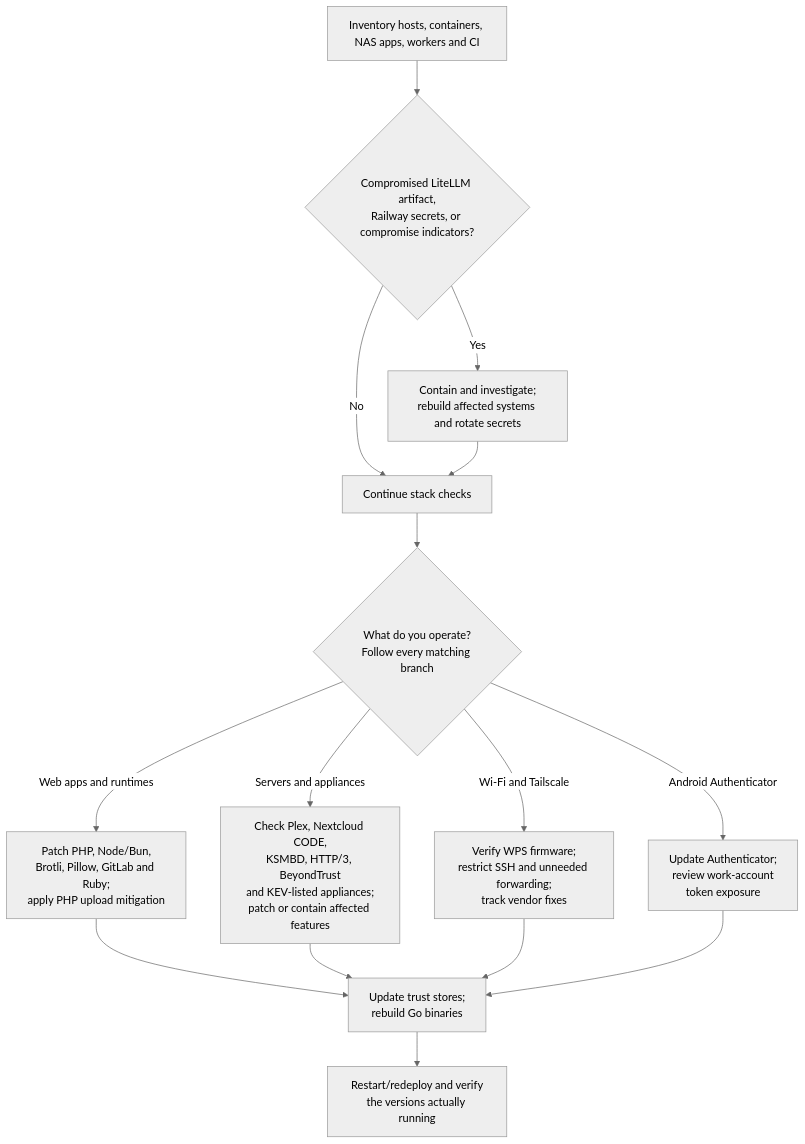
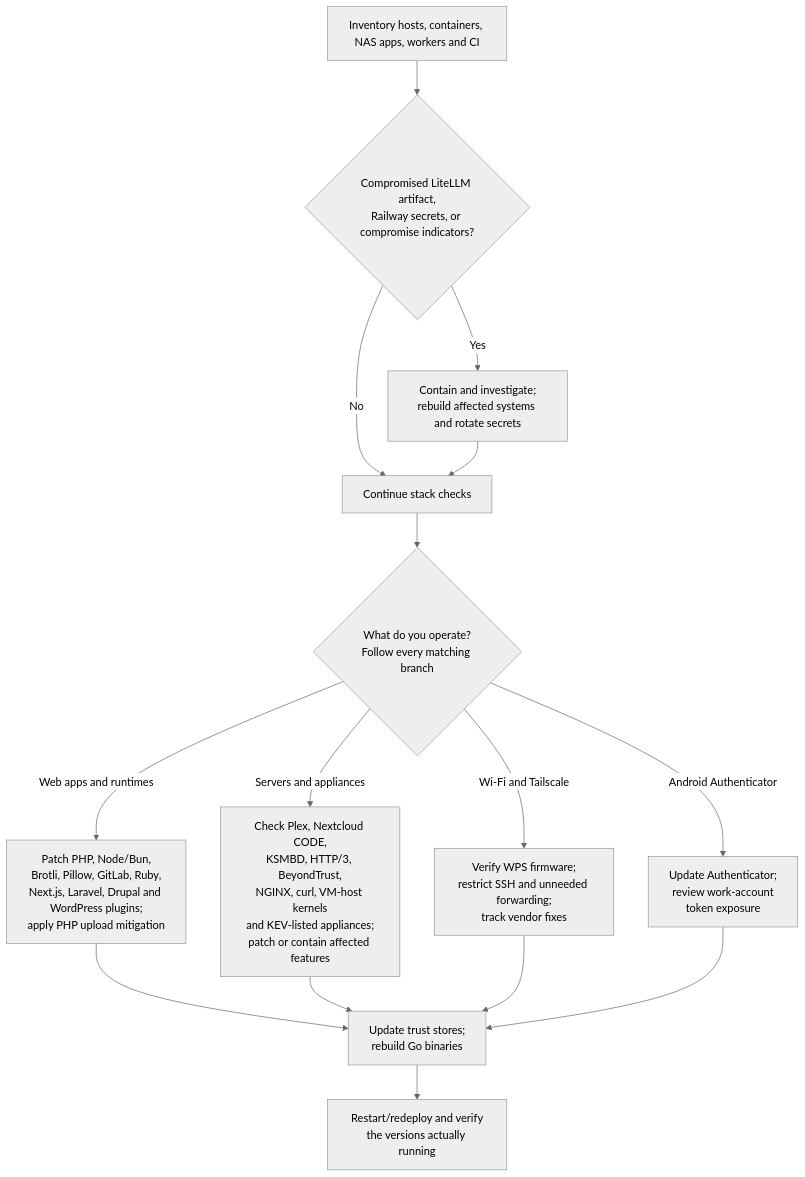
Before and after one commit to justinfiore/security-research: the diagram in black-october/black-october-2026.md, drawn with Mermaid (neutral theme). The commit also changed other lines of this file and 11 other files, not shown here.

````diff
--- a/black-october/black-october-2026.md
+++ b/black-october/black-october-2026.md
@@ -1212,19 +1578,19 @@
 ```mermaid
 flowchart TD
     A["Inventory hosts, containers, NAS apps, workers and CI"] --> B{"Compromised LiteLLM artifact,<br/>Railway secrets, or compromise indicators?"}
     B -->|Yes| C["Contain and investigate;<br/>rebuild affected systems and rotate secrets"]
     B -->|No| D["Continue stack checks"]
     C --> D
 
     D --> E{"What do you operate?<br/>Follow every matching branch"}
-    E -->|Web apps and runtimes| F["Patch PHP, Node/Bun,<br/>Brotli, Pillow, GitLab and Ruby;<br/>apply PHP upload mitigation"]
-    E -->|Servers and appliances| I["Check Plex, Nextcloud CODE,<br/>KSMBD, HTTP/3, BeyondTrust<br/>and KEV-listed appliances;<br/>patch or contain affected features"]
+    E -->|Web apps and runtimes| F["Patch PHP, Node/Bun,<br/>Brotli, Pillow, GitLab, Ruby,<br/>Next.js, Laravel, Drupal and WordPress plugins;<br/>apply PHP upload mitigation"]
+    E -->|Servers and appliances| I["Check Plex, Nextcloud CODE,<br/>KSMBD, HTTP/3, BeyondTrust,<br/>NGINX, curl, VM-host kernels<br/>and KEV-listed appliances;<br/>patch or contain affected features"]
     E -->|Wi-Fi and Tailscale| J["Verify WPS firmware;<br/>restrict SSH and unneeded forwarding;<br/>track vendor fixes"]
     E -->|Android Authenticator| N["Update Authenticator;<br/>review work-account<br/>token exposure"]
 
     F --> L["Update trust stores;<br/>rebuild Go binaries"]
     I --> L
     J --> L
     N --> L
     L --> M["Restart/redeploy and verify<br/>the versions actually running"]
 ```
````
